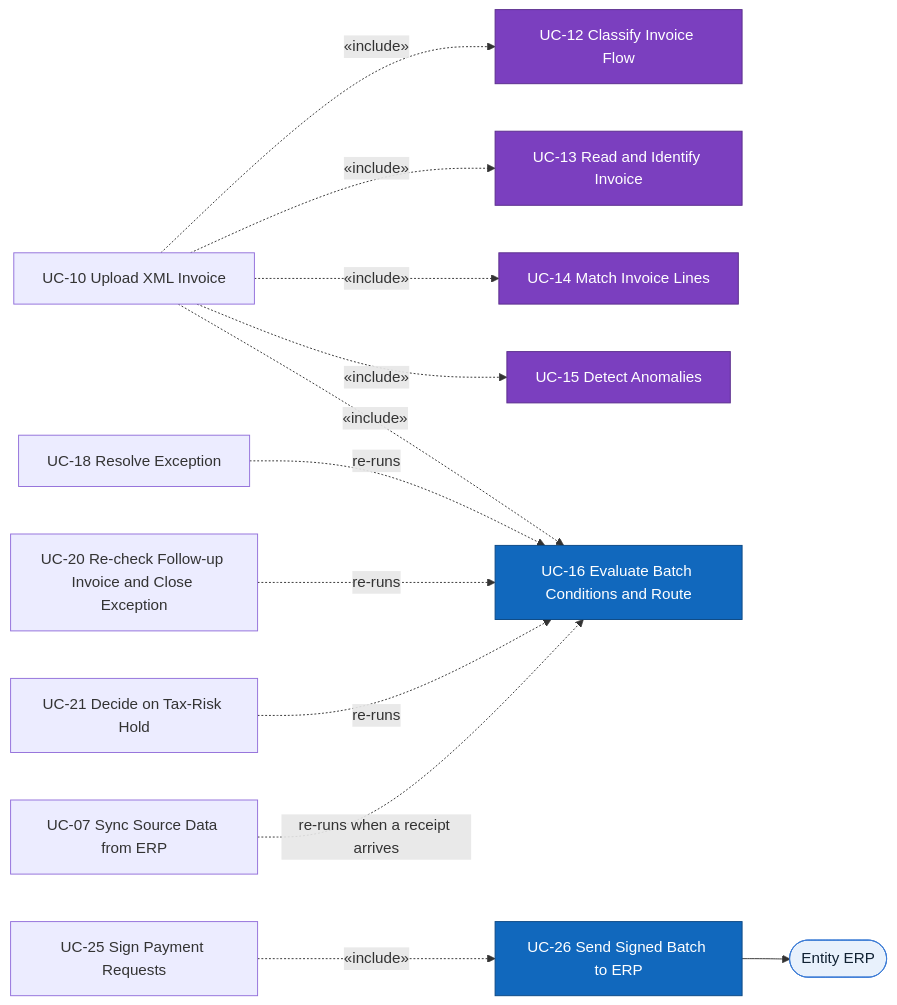
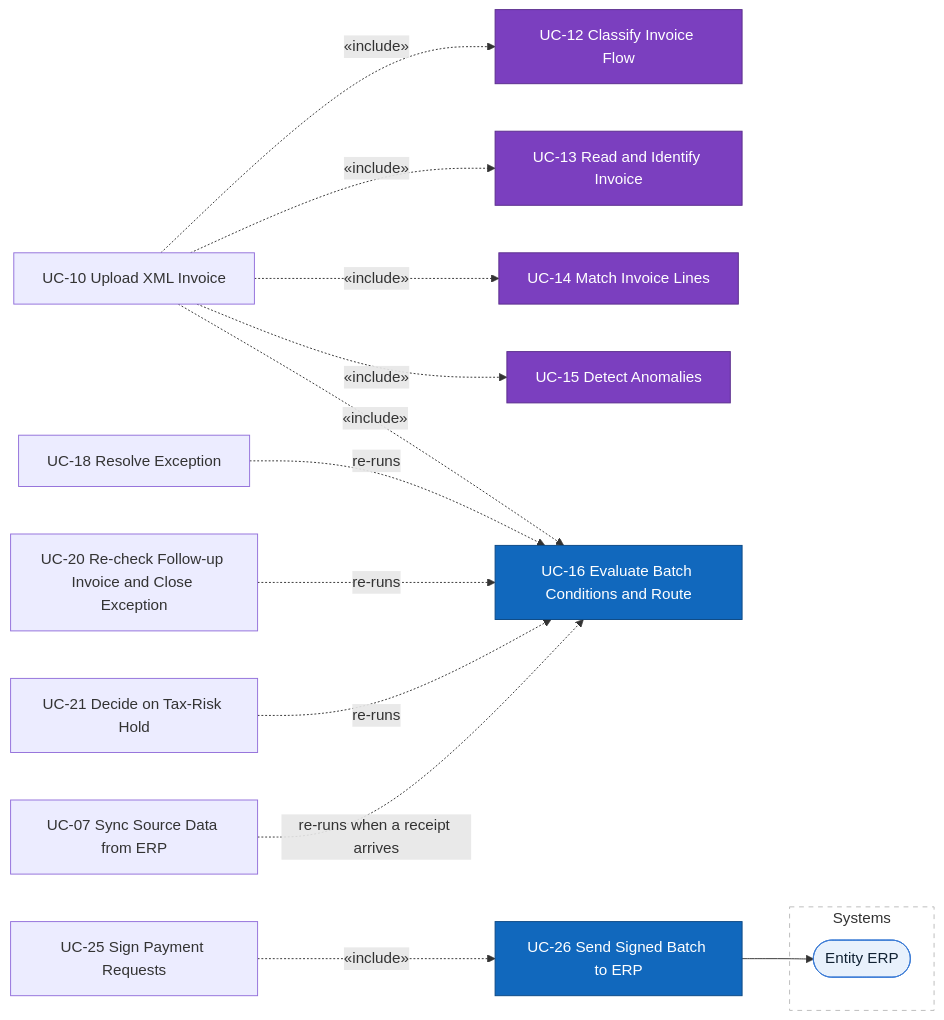
One commit to minhtuann1102/MatchPay changed the sixth of 6 diagrams in docs/02-usecases-userstories/01-use-cases.md. Above: the diagram before and after it, drawn with Mermaid. The commit also changed other lines of this file and 6 other files, not shown here.

First line of the commit message:
docs: show actors in use case, sitemap, and user flow diagrams

````diff
--- a/docs/02-usecases-userstories/01-use-cases.md
+++ b/docs/02-usecases-userstories/01-use-cases.md
@@ -182,32 +311,36 @@
 ```mermaid
 flowchart LR
     upXml["UC-10 Upload XML Invoice"]
     classify["UC-12 Classify Invoice Flow"]:::ai
     identify["UC-13 Read and Identify Invoice"]:::ai
     match["UC-14 Match Invoice Lines"]:::ai
     detect["UC-15 Detect Anomalies"]:::ai
     route["UC-16 Evaluate Batch Conditions and Route"]:::shared
     resolve["UC-18 Resolve Exception"]
     recheck["UC-20 Re-check Follow-up Invoice and Close Exception"]
     hold["UC-21 Decide on Tax-Risk Hold"]
     sync["UC-07 Sync Source Data from ERP"]
     sign["UC-25 Sign Payment Requests"]
     send["UC-26 Send Signed Batch to ERP"]:::shared
-    erp(["Entity ERP"]):::external
+
+    subgraph right["Systems"]
+        erp(["Entity ERP"]):::external
+    end
 
     upXml -.->|"«include»"| classify
     upXml -.->|"«include»"| identify
     upXml -.->|"«include»"| match
     upXml -.->|"«include»"| detect
     upXml -.->|"«include»"| route
     resolve -.->|"re-runs"| route
     recheck -.->|"re-runs"| route
     hold -.->|"re-runs"| route
     sync -.->|"re-runs when a receipt arrives"| route
     sign -.->|"«include»"| send
     send --> erp
 
     classDef shared fill:#1168bd,color:#fff,stroke:#0b4884
     classDef ai fill:#7b3fbf,color:#fff,stroke:#5a2d8c
     classDef external fill:#e8f1fc,color:#123,stroke:#3a7bd5
+    style right fill:#fff,stroke:#bbb,stroke-dasharray:5 5
 ```
````
